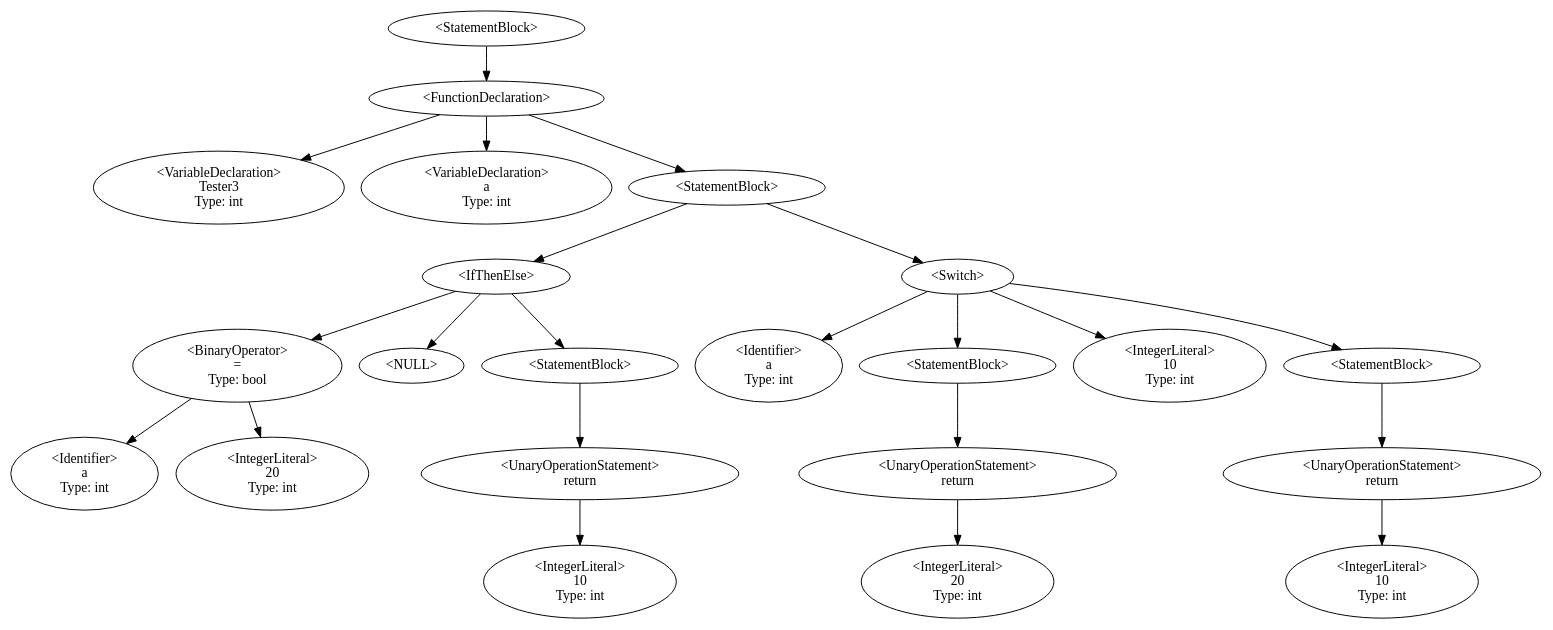
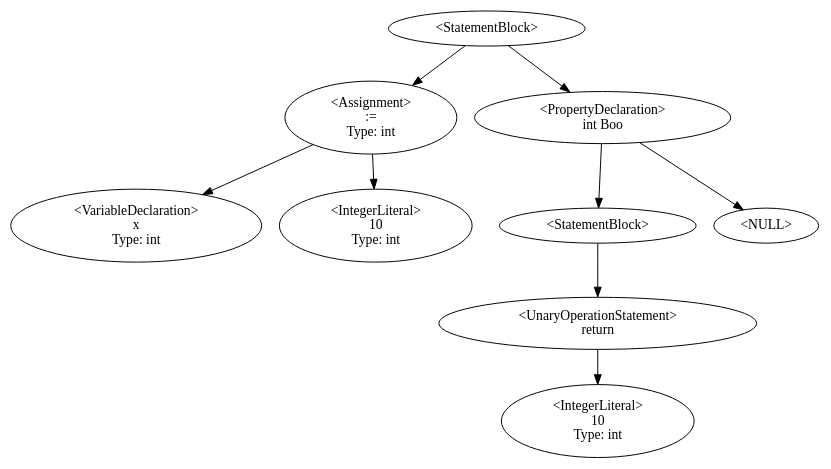
Before and after one commit to QazmoQwerty/dino: the diagram in Dino/Dino/DstDisplay.gv, drawn with Graphviz. The commit also changed 3 other files, not shown here.

```diff
--- a/Dino/Dino/DstDisplay.gv
+++ b/Dino/Dino/DstDisplay.gv
@@ -1,33 +1,14 @@
 digraph G {
-7 [label="<StatementBlock>"];7->10;
-10 [label="<FunctionDeclaration>"];10->8;10->11;10->13;
-8 [label="<VariableDeclaration>\nTester3
+7 [label="<StatementBlock>"];7->12;7->19;
+12 [label="<Assignment>\n:=
+Type: int"];12->10;12->8;
+10 [label="<VariableDeclaration>\nx
 Type: int"];
-11 [label="<VariableDeclaration>\na
+8 [label="<IntegerLiteral>\n10
 Type: int"];
-13 [label="<StatementBlock>"];13->14;13->24;
-14 [label="<IfThenElse>"];14->18;14->-1;-1 [label="<NULL>"];14->20;
-18 [label="<BinaryOperator>\n=
-Type: bool"];18->17;18->15;
-17 [label="<Identifier>\na
-Type: int"];
-15 [label="<IntegerLiteral>\n20
-Type: int"];
-20 [label="<StatementBlock>"];20->23;
-23 [label="<UnaryOperationStatement>\nreturn"];23->21;
-21 [label="<IntegerLiteral>\n10
-Type: int"];
-24 [label="<Switch>"];24->25;24->26;24->34;24->30;
-25 [label="<Identifier>\na
-Type: int"];
-26 [label="<StatementBlock>"];26->29;
-29 [label="<UnaryOperationStatement>\nreturn"];29->27;
-27 [label="<IntegerLiteral>\n20
-Type: int"];
-34 [label="<IntegerLiteral>\n10
-Type: int"];
-30 [label="<StatementBlock>"];30->33;
-33 [label="<UnaryOperationStatement>\nreturn"];33->31;
-31 [label="<IntegerLiteral>\n10
+19 [label="<PropertyDeclaration>\nint Boo"];19->14;19->-1;-1 [label="<NULL>"];
+14 [label="<StatementBlock>"];14->17;
+17 [label="<UnaryOperationStatement>\nreturn"];17->15;
+15 [label="<IntegerLiteral>\n10
 Type: int"];
 }
```
